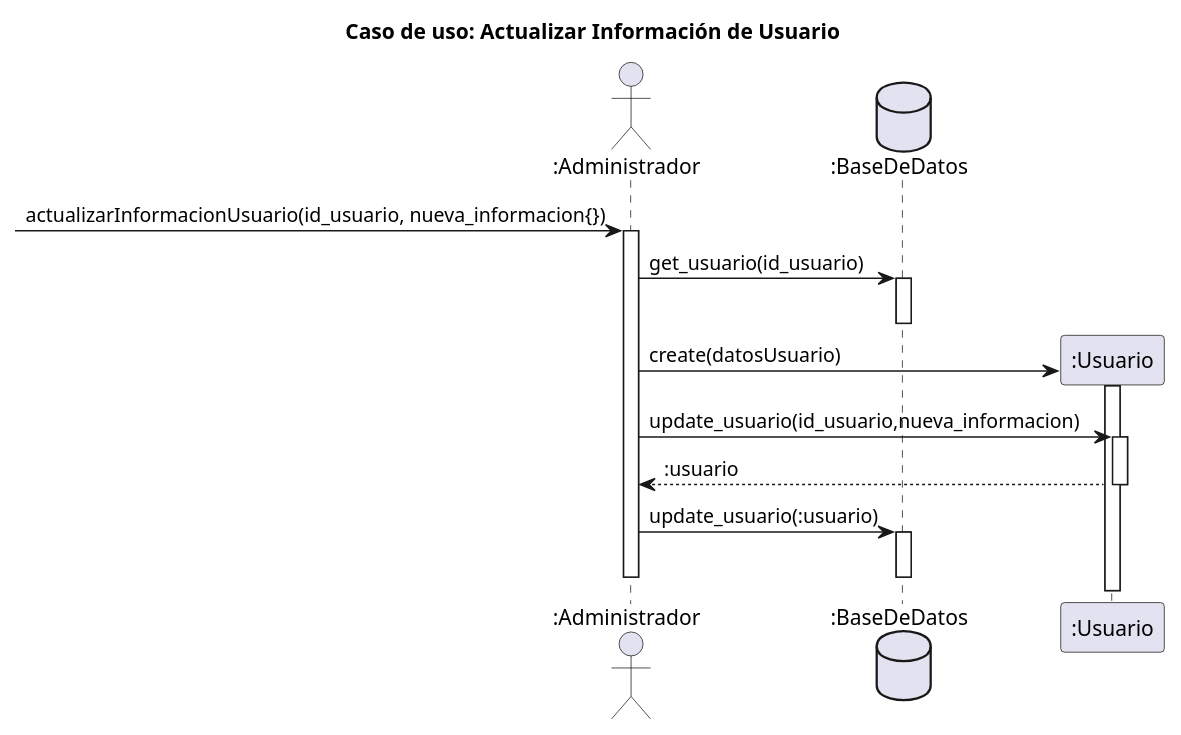
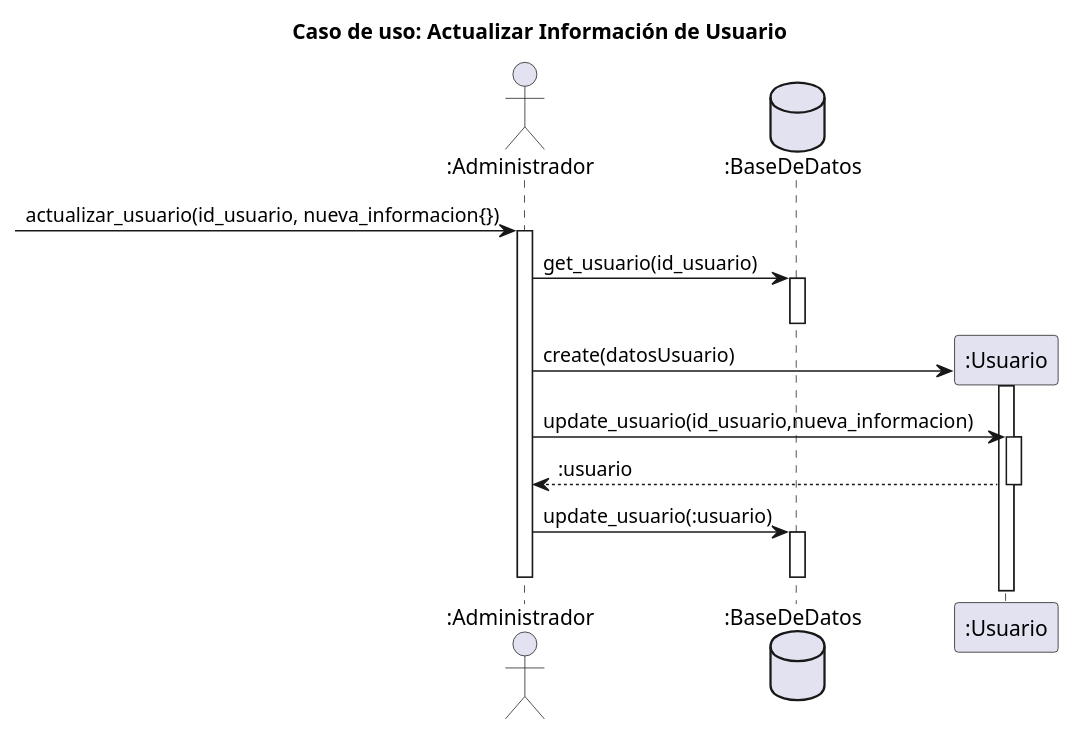
One commit to RubenE107/diagramas-de-dise-o-uml changed the diagram in interacion 2/Actualizarinformacióndeusuario.puml. Above: the diagram before and after it, drawn with PlantUML. The commit also changed 1 other file, not shown here.

```diff
--- a/interacion 2/Actualizarinformacióndeusuario.puml
+++ b/interacion 2/Actualizarinformacióndeusuario.puml
@@ -1,67 +1,67 @@
 @startuml
 ' title caso de uso: Actualizar informacion de usuario
 ' actor "usuario" as U
 ' participant "sistema" as S
 ' database "base de datos" as BD
 
 ' -->>S:Sesioniniciada()
 ' activate S
 ' -->S: ActualizarDatos()
 ' activate S
 ' U->S: Clik en el boton de actualizar
 ' S->BD: Buscar datos
 ' activate BD
 
 ' BD->S: Datos encontrados
 ' deactivate BD
 ' S->U: Mostrar datos en pantalla
 ' group Modificar datos
 '     U->S: Modificar datos
 '     group campos vacios
 '         U->S: Dejar campos vacios
 '         S->U: mensaje("Campos vacios")
 '         end
 '     group datos incorrectos
 '         U->S: Ingresar datos incorrectos
 '         S->U: mensaje("Datos incorrectos")
 '     end
 ' end
 
 ' S->BD: actualizar datos
 ' activate BD
 ' deactivate BD
 ' S->U: mensaje("Datos actualizados")
 ' deactivate S
 
 title Caso de uso: Actualizar Información de Usuario
 
 actor ":Administrador" as a
 database ":BaseDeDatos" as bd
 
 
--> a:actualizarInformacionUsuario(id_usuario, nueva_informacion{})
+-> a:actualizar_usuario(id_usuario, nueva_informacion{})
 activate a
 
 a -> bd:get_usuario(id_usuario)
 activate bd
 deactivate bd
 
 create ":Usuario" as usuario
 a -> usuario:create(datosUsuario)
 activate usuario
 
 a -> usuario:update_usuario(id_usuario,nueva_informacion)
 activate usuario
 
 usuario --> a::usuario
 deactivate usuario
 
 a -> bd:update_usuario(:usuario)
 activate bd
 
 
 deactivate bd
 
 deactivate a
 
 @enduml
```
